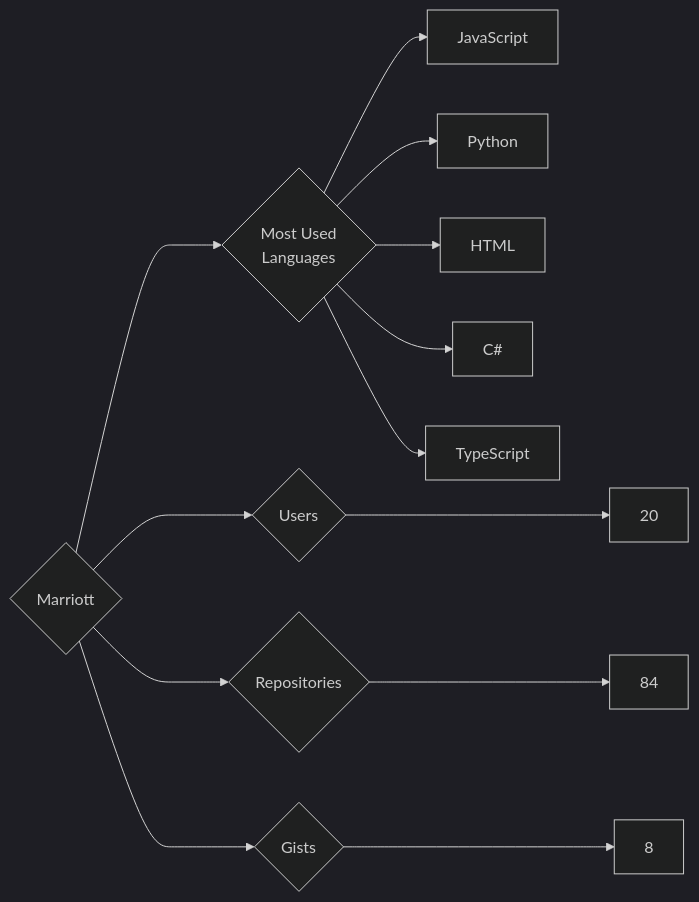
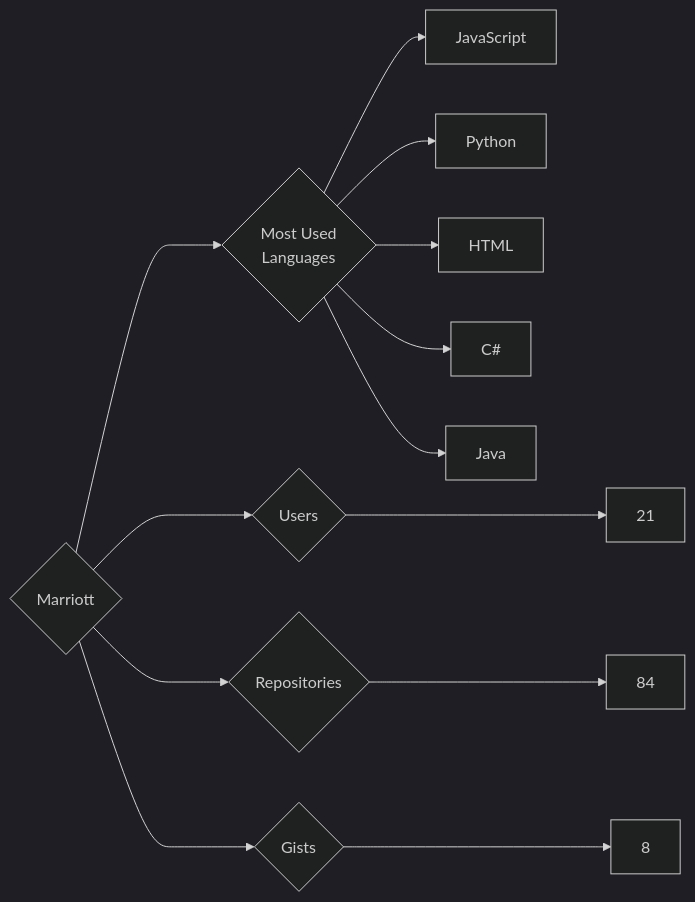
The diagram in targets/Marriott/README.md (trickest/insiders), drawn with Mermaid (dark theme) before and after one commit. The commit also changed 748 other files, not shown here.

````diff
--- a/targets/Marriott/README.md
+++ b/targets/Marriott/README.md
@@ -3,13 +3,13 @@
 ```mermaid
 graph LR
 COMPANY_NAME{Marriott}
-COMPANY_NAME ---> U{Users} ---> UN[20]
+COMPANY_NAME ---> U{Users} ---> UN[21]
 COMPANY_NAME ---> R{Repositories} ---> RN[84]
 COMPANY_NAME ---> G{Gists} ---> GN[8]
 COMPANY_NAME ---> ML{Most Used<br>Languages}
 ML --> JavaScript[JavaScript]
 ML --> Python[Python]
 ML --> HTML[HTML]
 ML --> C#[C#]
-ML --> TypeScript[TypeScript]
+ML --> Java[Java]
 ```
````
